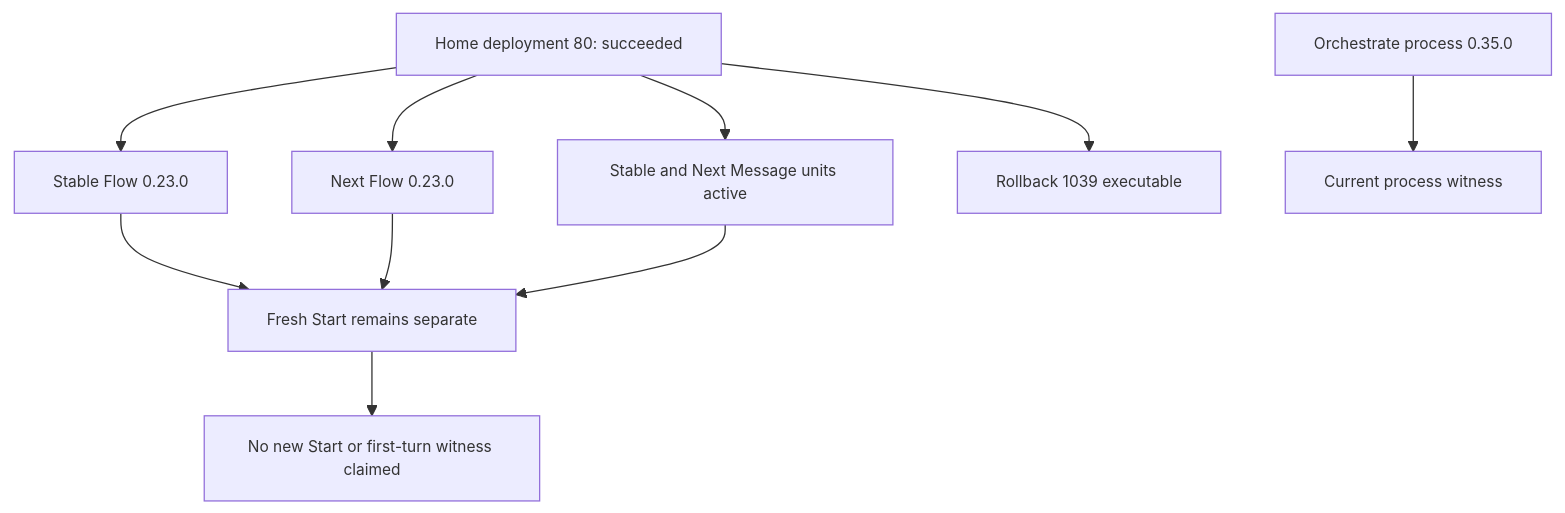
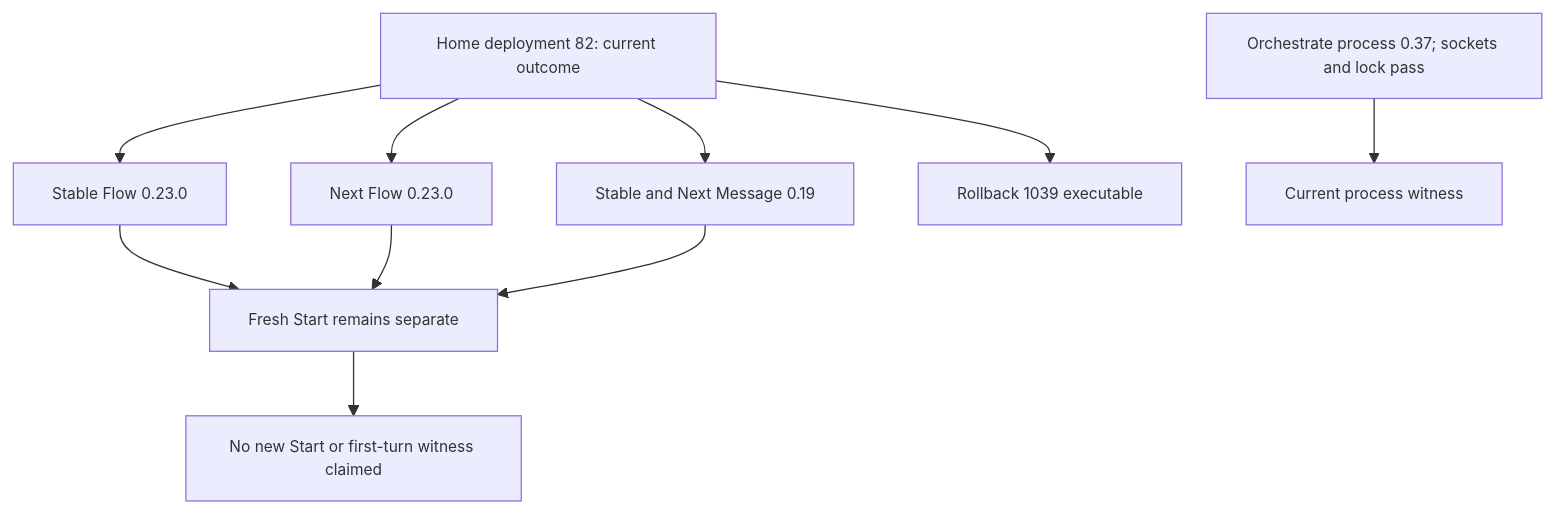
One commit to LiGoldragon/primary changed the third of 5 diagrams in flows/dea0ba/reports/deployment-investigation.md. Above: the diagram before and after it, drawn with Mermaid. The commit also changed other lines of this file, not shown here.

Commit message:
Flow: record Home 82 deployment outcome

````diff
--- a/flows/dea0ba/reports/deployment-investigation.md
+++ b/flows/dea0ba/reports/deployment-investigation.md
@@ -121,13 +123,13 @@
 ```mermaid
 %%{init: {'themeVariables': {'fontSize': '12px'}} }%%
 flowchart TD
-  H[Home deployment 80: succeeded] --> F[Stable Flow 0.23.0]
+  H[Home deployment 82: current outcome] --> F[Stable Flow 0.23.0]
   H --> N[Next Flow 0.23.0]
-  H --> M[Stable and Next Message units active]
+  H --> M[Stable and Next Message 0.19]
   H --> R[Rollback 1039 executable]
-  O[Orchestrate process 0.35.0] --> C[Current process witness]
+  O[Orchestrate process 0.37; sockets and lock pass] --> C[Current process witness]
   F --> B[Fresh Start remains separate]
   N --> B
   M --> B
   B --> U[No new Start or first-turn witness claimed]
 ```
````
